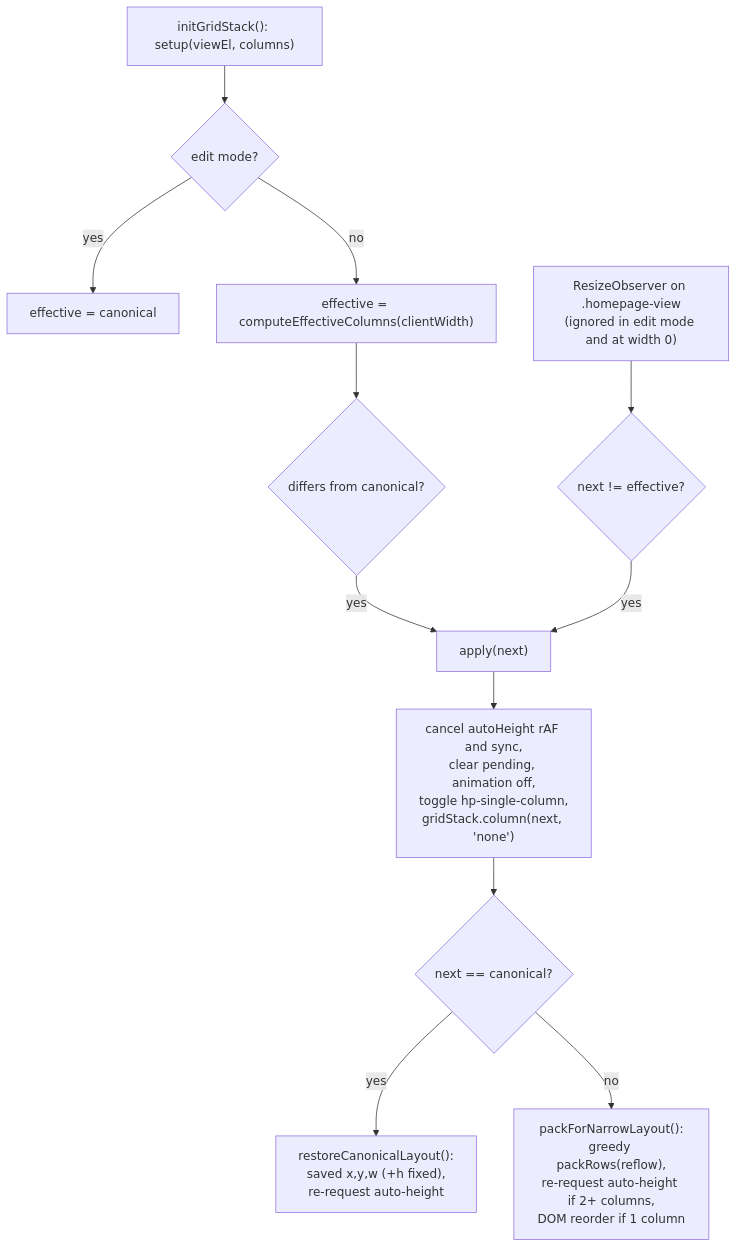
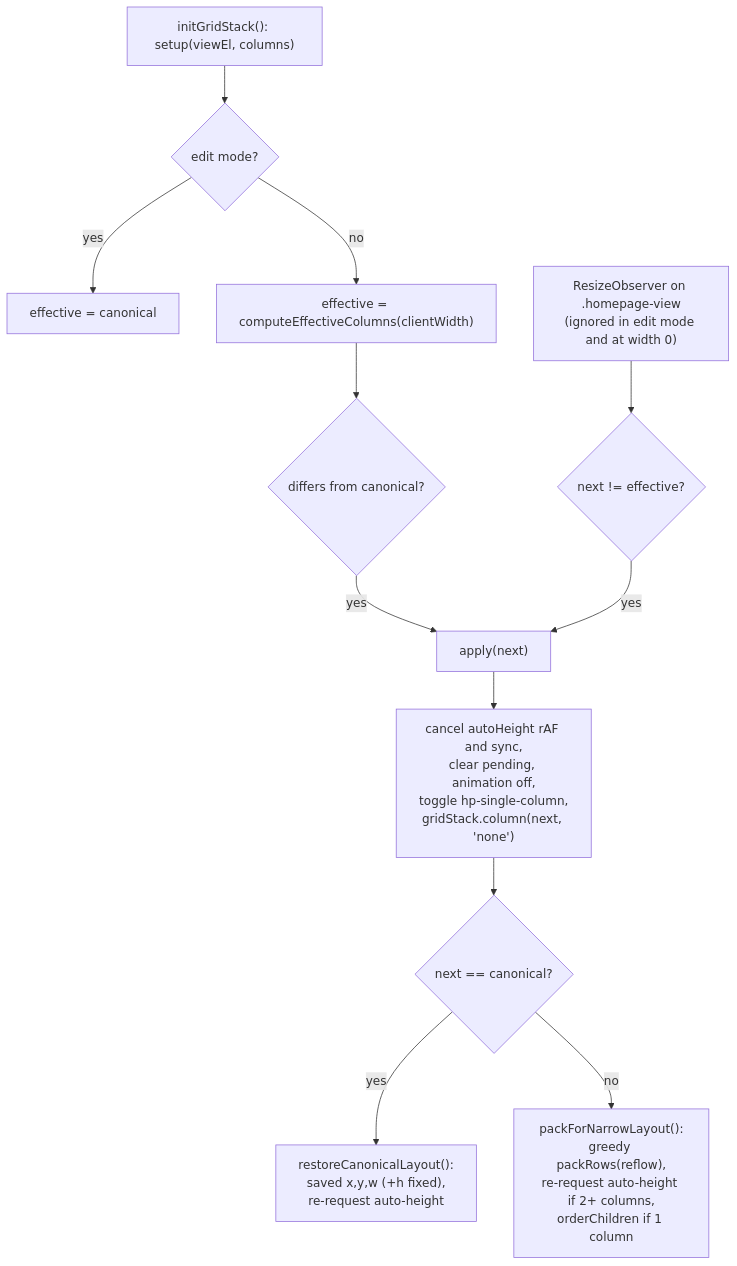
Before and after one commit to acaprino/obsidian-plugin-homepage: diagram 11 of 15 in docs/flows.md, drawn with Mermaid. The commit also changed other lines of this file and 11 other files, not shown here.

````diff
--- a/docs/flows.md
+++ b/docs/flows.md
@@ -681,14 +701,14 @@
 ```mermaid
 flowchart TD
   I["initGridStack(): setup(viewEl, columns)"] --> E{"edit mode?"}
   E -- "yes" --> K["effective = canonical"]
   E -- "no" --> W["effective = computeEffectiveColumns(clientWidth)"]
   W --> D{"differs from canonical?"}
   D -- "yes" --> A["apply(next)"]
   RO["ResizeObserver on .homepage-view<br/>(ignored in edit mode and at width 0)"] --> D2{"next != effective?"}
   D2 -- "yes" --> A
   A --> X["cancel autoHeight rAF and sync,<br/>clear pending, animation off,<br/>toggle hp-single-column,<br/>gridStack.column(next, 'none')"]
   X --> N{"next == canonical?"}
   N -- "yes" --> RC["restoreCanonicalLayout():<br/>saved x,y,w (+h fixed),<br/>re-request auto-height"]
-  N -- "no" --> PN["packForNarrowLayout():<br/>greedy packRows(reflow),<br/>re-request auto-height if 2+ columns,<br/>DOM reorder if 1 column"]
+  N -- "no" --> PN["packForNarrowLayout():<br/>greedy packRows(reflow),<br/>re-request auto-height if 2+ columns,<br/>orderChildren if 1 column"]
 ```
````
